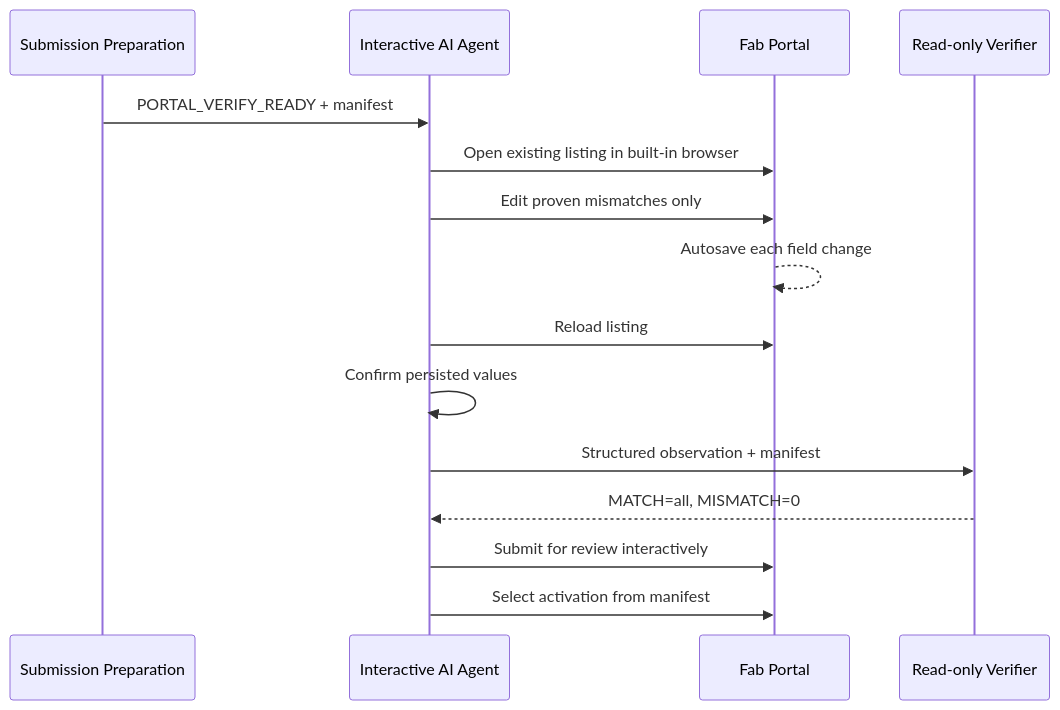
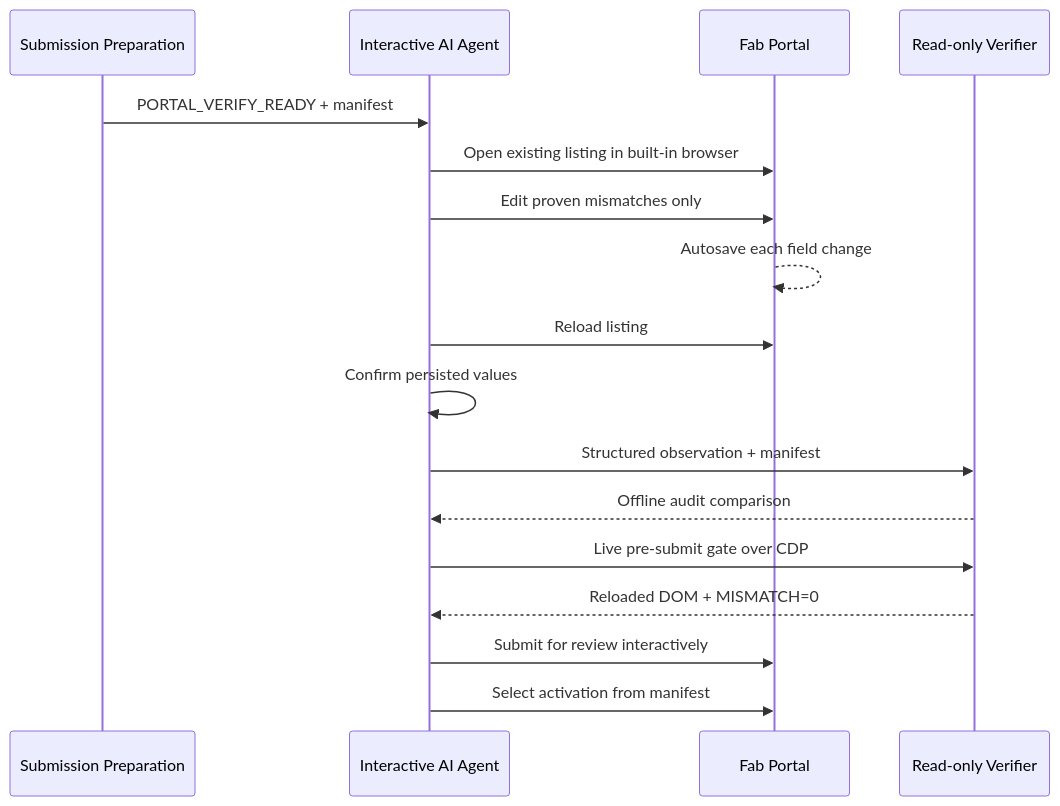
The first of 2 diagrams in README.md (metyatech/fab-plugin-release-tools), drawn with Mermaid before and after one commit. The commit also changed other lines of this file and 10 other files, not shown here.

Commit message:
feat: add live Fab pre-submit and tag availability checks

````diff
--- a/README.md
+++ b/README.md
@@ -552,18 +600,20 @@
 ```mermaid
 sequenceDiagram
     participant Prep as Submission Preparation
     participant Agent as Interactive AI Agent
     participant Fab as Fab Portal
     participant Verify as Read-only Verifier
 
     Prep->>Agent: PORTAL_VERIFY_READY + manifest
     Agent->>Fab: Open existing listing in built-in browser
     Agent->>Fab: Edit proven mismatches only
     Fab-->>Fab: Autosave each field change
     Agent->>Fab: Reload listing
     Agent->>Agent: Confirm persisted values
     Agent->>Verify: Structured observation + manifest
-    Verify-->>Agent: MATCH=all, MISMATCH=0
+    Verify-->>Agent: Offline audit comparison
+    Agent->>Verify: Live pre-submit gate over CDP
+    Verify-->>Agent: Reloaded DOM + MISMATCH=0
     Agent->>Fab: Submit for review interactively
     Agent->>Fab: Select activation from manifest
 ```
````
